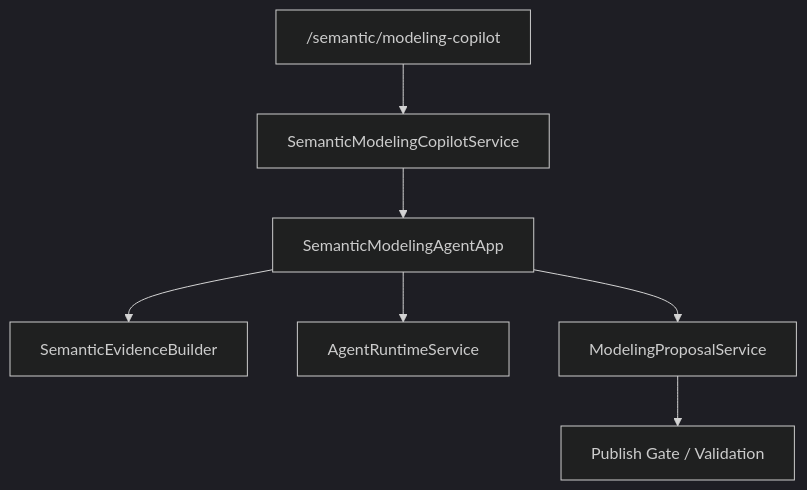
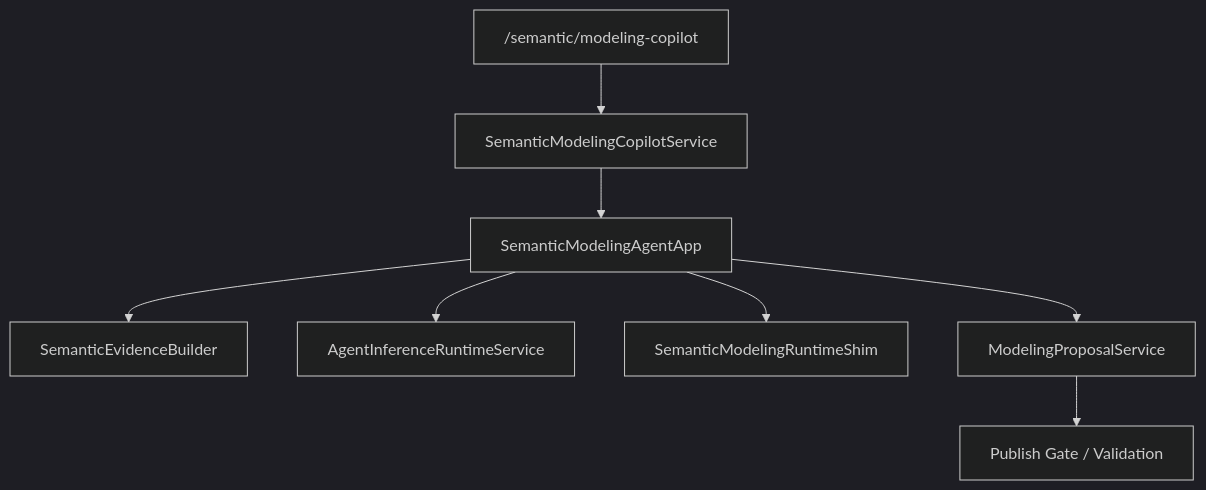
One commit to xza-m/cubic3-data-platform changed the third of 3 diagrams in docs/architecture/agent-runtime-platform.md. Above: the diagram before and after it, drawn with Mermaid (dark theme). The commit also changed other lines of this file and 1 other file, not shown here.

Commit message:
docs: address agent runtime review feedback

````diff
--- a/docs/architecture/agent-runtime-platform.md
+++ b/docs/architecture/agent-runtime-platform.md
@@ -461,9 +571,10 @@
 ```mermaid
 flowchart TD
   UI["/semantic/modeling-copilot"] --> Service["SemanticModelingCopilotService"]
   Service --> App["SemanticModelingAgentApp"]
   App --> Evidence["SemanticEvidenceBuilder"]
-  App --> Runtime["AgentRuntimeService"]
+  App --> Runtime["AgentInferenceRuntimeService"]
+  App --> Shim["SemanticModelingRuntimeShim"]
   App --> Proposal["ModelingProposalService"]
   Proposal --> Gate["Publish Gate / Validation"]
 ```
````
